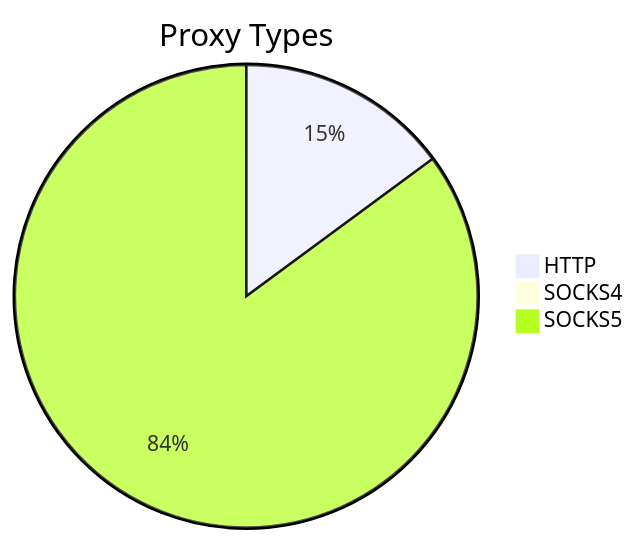
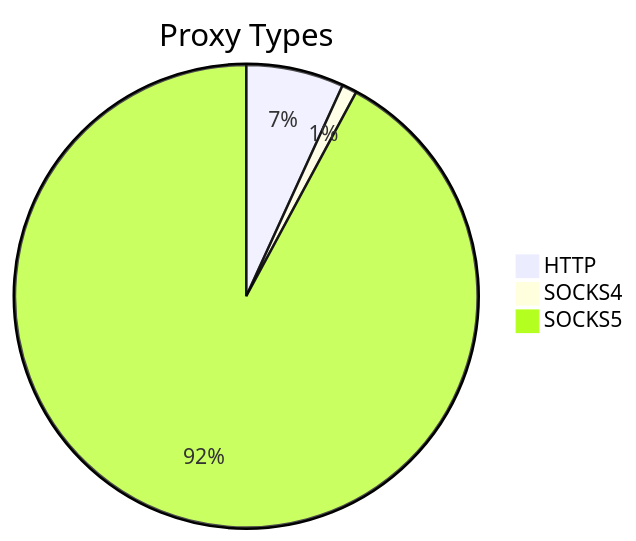
Before and after one commit to stormsia/proxy-list: the first of 2 diagrams in README.md, drawn with Mermaid. The commit also changed other lines of this file, not shown here.

````diff
--- a/README.md
+++ b/README.md
@@ -21,6 +21,6 @@
 ```mermaid
 pie title Proxy Types
-    "HTTP" : 342
-    "SOCKS4" : 23
-    "SOCKS5" : 1954
+    "HTTP" : 353
+    "SOCKS4" : 54
+    "SOCKS5" : 4769
 ```
````
